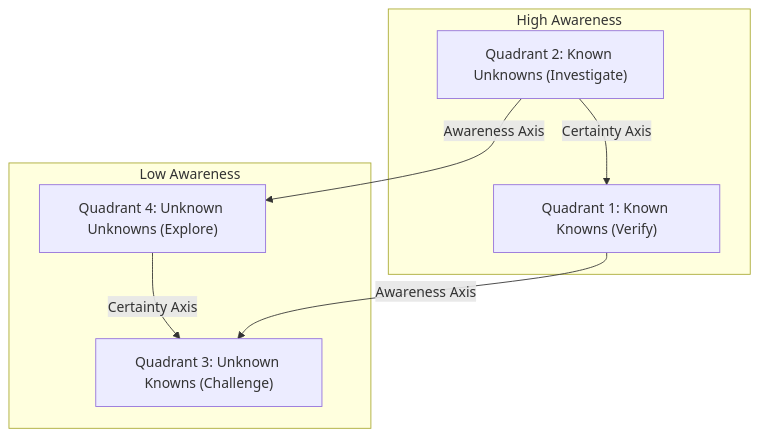
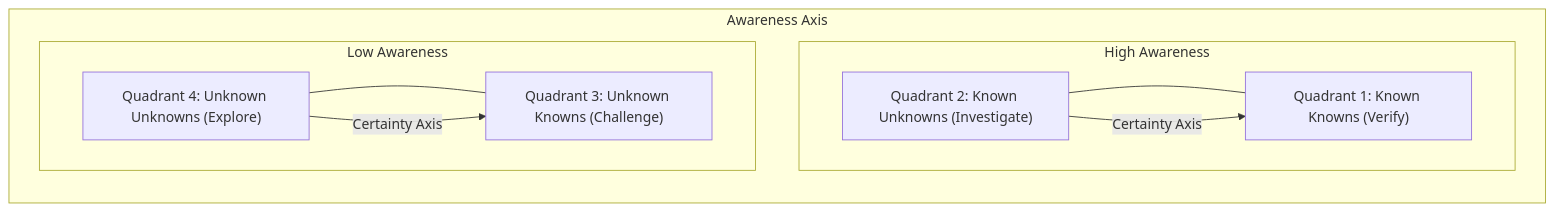
One commit to NikolasMarkou/prompt_collections changed the third of 13 diagrams in system_reverse_engineering.md. Above: the diagram before and after it, drawn with Mermaid. The commit also changed other lines of this file, not shown here.

````diff
--- a/system_reverse_engineering.md
+++ b/system_reverse_engineering.md
@@ -99,15 +99,14 @@
         ```mermaid
         graph TD
-            subgraph "High Awareness"
-                Q2["Quadrant 2: Known Unknowns (Investigate)"]
-                Q1["Quadrant 1: Known Knowns (Verify)"]
-            end
-            subgraph "Low Awareness"
-                Q4["Quadrant 4: Unknown Unknowns (Explore)"]
-                Q3["Quadrant 3: Unknown Knowns (Challenge)"]
+            subgraph "Awareness Axis"
+                direction TB
+                subgraph "High Awareness"
+                    Q2["Quadrant 2: Known Unknowns (Investigate)"] --- Q1["Quadrant 1: Known Knowns (Verify)"]
+                end
+                subgraph "Low Awareness"
+                    Q4["Quadrant 4: Unknown Unknowns (Explore)"] --- Q3["Quadrant 3: Unknown Knowns (Challenge)"]
+                end
             end
             Q2 -- "Certainty Axis" --> Q1
             Q4 -- "Certainty Axis" --> Q3
-            Q1 -- "Awareness Axis" --> Q3
-            Q2 -- "Awareness Axis" --> Q4
         ```
````
